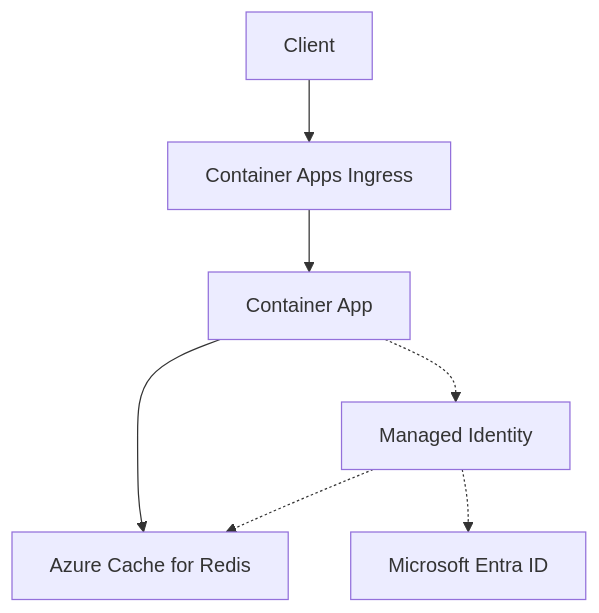
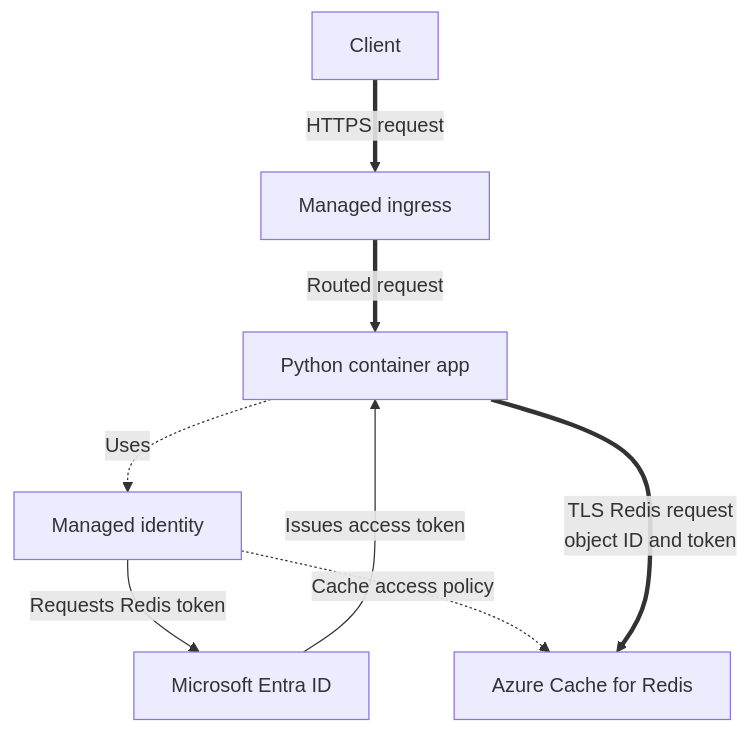
One commit to yeongseon/azure-container-apps-practical-guide changed the diagram in docs/language-guides/python/recipes/redis.md. Above: the diagram before and after it, drawn with Mermaid. The commit also changed other lines of this file and 18 other files, not shown here.

Commit message:
docs(diagrams): migrate Python recipe diagrams (#620)

````diff
--- a/docs/language-guides/python/recipes/redis.md
+++ b/docs/language-guides/python/recipes/redis.md
@@ -18,9 +18,20 @@
 ```mermaid
 flowchart TD
-    C[Client] --> I[Container Apps Ingress]
-    I --> APP[Container App]
-    APP --> REDIS[Azure Cache for Redis]
-    APP -.-> MI[Managed Identity]
-    MI -.-> ENTRA[Microsoft Entra ID]
-    MI -.-> REDIS
+    accTitle: Passwordless Python access to Azure Cache for Redis
+    accDescr: A client request reaches the Python app through managed ingress. The app obtains a Redis token through its managed identity and Microsoft Entra ID, and the cache access policy authorizes the object ID used as the Redis username.
+
+    CLIENT[Client]
+    INGRESS[Managed ingress]
+    APP[Python container app]
+    IDENTITY[Managed identity]
+    ENTRA[Microsoft Entra ID]
+    REDIS[Azure Cache for Redis]
+
+    CLIENT ==>|HTTPS request| INGRESS
+    INGRESS ==>|Routed request| APP
+    APP -.->|Uses| IDENTITY
+    IDENTITY -->|Requests Redis token| ENTRA
+    ENTRA -->|Issues access token| APP
+    IDENTITY -.->|Cache access policy| REDIS
+    APP ==>|TLS Redis request<br/>object ID and token| REDIS
 ```
````
